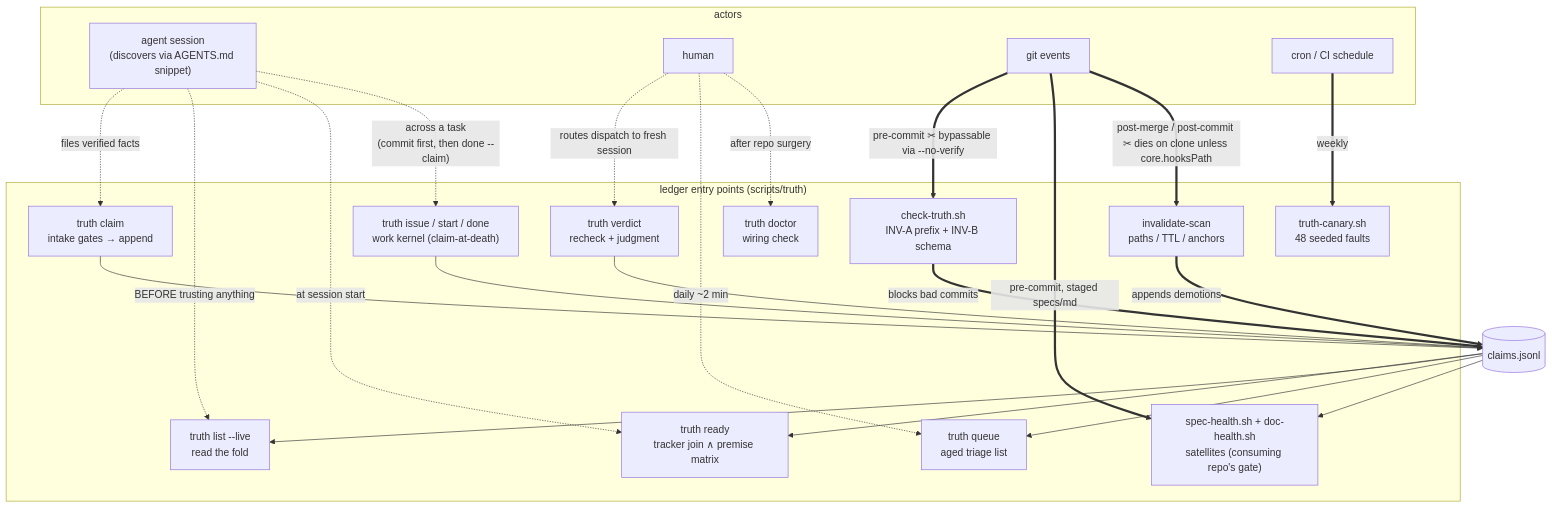
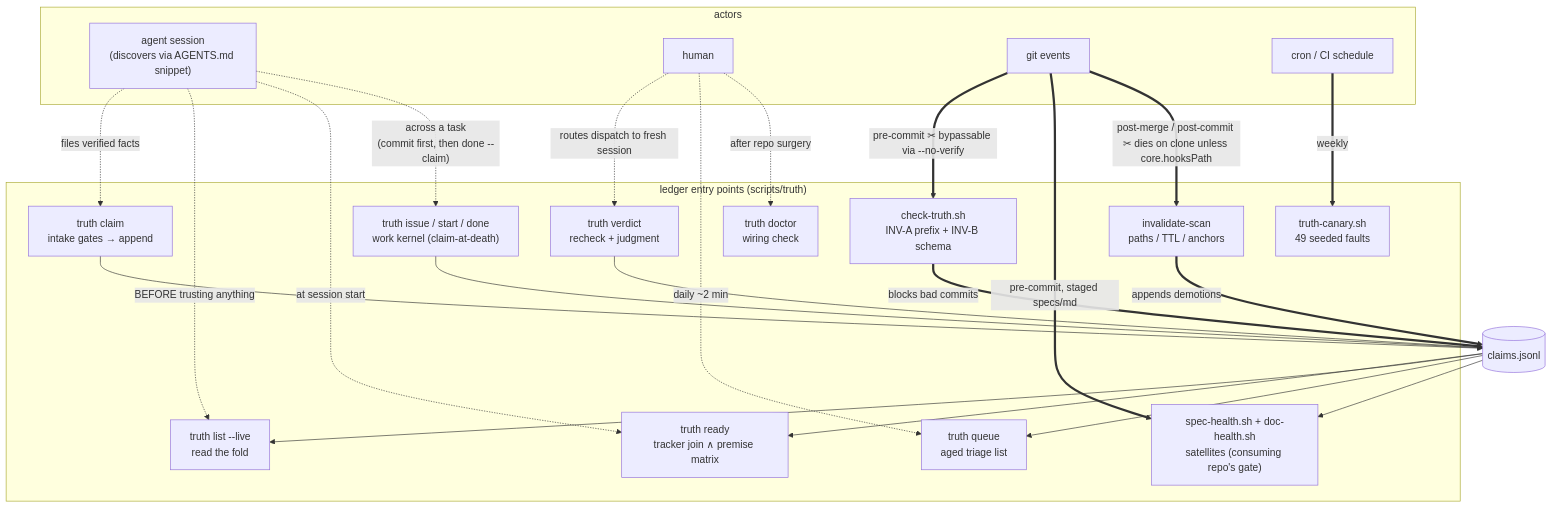
One commit to m1981/truth-ledger changed the first of 4 diagrams in docs/truth-ledger-operations-guide.md. Above: the diagram before and after it, drawn with Mermaid. The commit also changed other lines of this file and 5 other files, not shown here.

````diff
--- a/docs/truth-ledger-operations-guide.md
+++ b/docs/truth-ledger-operations-guide.md
@@ -86,44 +86,44 @@
 ```mermaid
 flowchart TB
     subgraph actors["actors"]
         AG["agent session<br/>(discovers via AGENTS.md snippet)"]
         HU["human"]
         GIT["git events"]
         CRON["cron / CI schedule"]
     end
 
     subgraph cli["ledger entry points (scripts/truth)"]
         CLAIM["truth claim<br/>intake gates → append"]
         LIST["truth list --live<br/>read the fold"]
         VERD["truth verdict<br/>recheck + judgment"]
         QUEUE["truth queue<br/>aged triage list"]
         READY["truth ready<br/>tracker join ∧ premise matrix"]
         KERN["truth issue / start / done<br/>work kernel (claim-at-death)"]
         SCAN["invalidate-scan<br/>paths / TTL / anchors"]
         GATE["check-truth.sh<br/>INV-A prefix + INV-B schema"]
         SAT["spec-health.sh + doc-health.sh<br/>satellites (consuming repo's gate)"]
-        CAN["truth-canary.sh<br/>48 seeded faults"]
+        CAN["truth-canary.sh<br/>49 seeded faults"]
         DOC["truth doctor<br/>wiring check"]
     end
 
     L[("claims.jsonl")]
 
     AG -.->|"files verified facts"| CLAIM --> L
     AG -.->|"BEFORE trusting anything"| LIST
     AG -.->|"at session start"| READY
     AG -.->|"across a task<br/>(commit first, then done --claim)"| KERN --> L
     L --> READY
     L --> LIST
     HU -.->|"routes dispatch to fresh session"| VERD --> L
     HU -.->|"daily ~2 min"| QUEUE
     L --> QUEUE
 
     GIT ==>|"pre-commit ✂ bypassable via --no-verify"| GATE
     GATE ==>|"blocks bad commits"| L
     GIT ==>|"pre-commit, staged specs/md"| SAT
     L --> SAT
     GIT ==>|"post-merge / post-commit ✂ dies on clone unless core.hooksPath"| SCAN
     SCAN ==>|"appends demotions"| L
     CRON ==>|"weekly"| CAN
     HU -.->|"after repo surgery"| DOC
 ```
````
